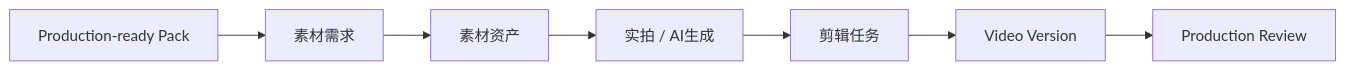
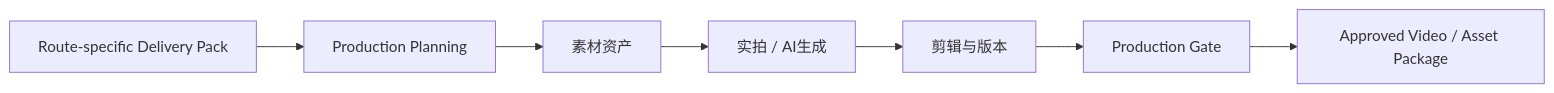
One commit to SONG-36/TK_Video_Intelligence_Workbench changed the third of 6 diagrams in 02_DELIVERY_RELEASES.md. Above: the diagram before and after it, drawn with Mermaid. The commit also changed other lines of this file and 8 other files, not shown here.

````diff
--- a/02_DELIVERY_RELEASES.md
+++ b/02_DELIVERY_RELEASES.md
@@ -70,12 +81,12 @@
 ```mermaid
 flowchart LR
-    A[Production-ready Pack]
-    B[素材需求]
+    A[Route-specific Delivery Pack]
+    B[Production Planning]
     C[素材资产]
     D[实拍 / AI生成]
-    E[剪辑任务]
-    F[Video Version]
-    G[Production Review]
+    E[剪辑与版本]
+    F[Production Gate]
+    G[Approved Video / Asset Package]
 
     A --> B --> C --> D --> E --> F --> G
 ```
````
